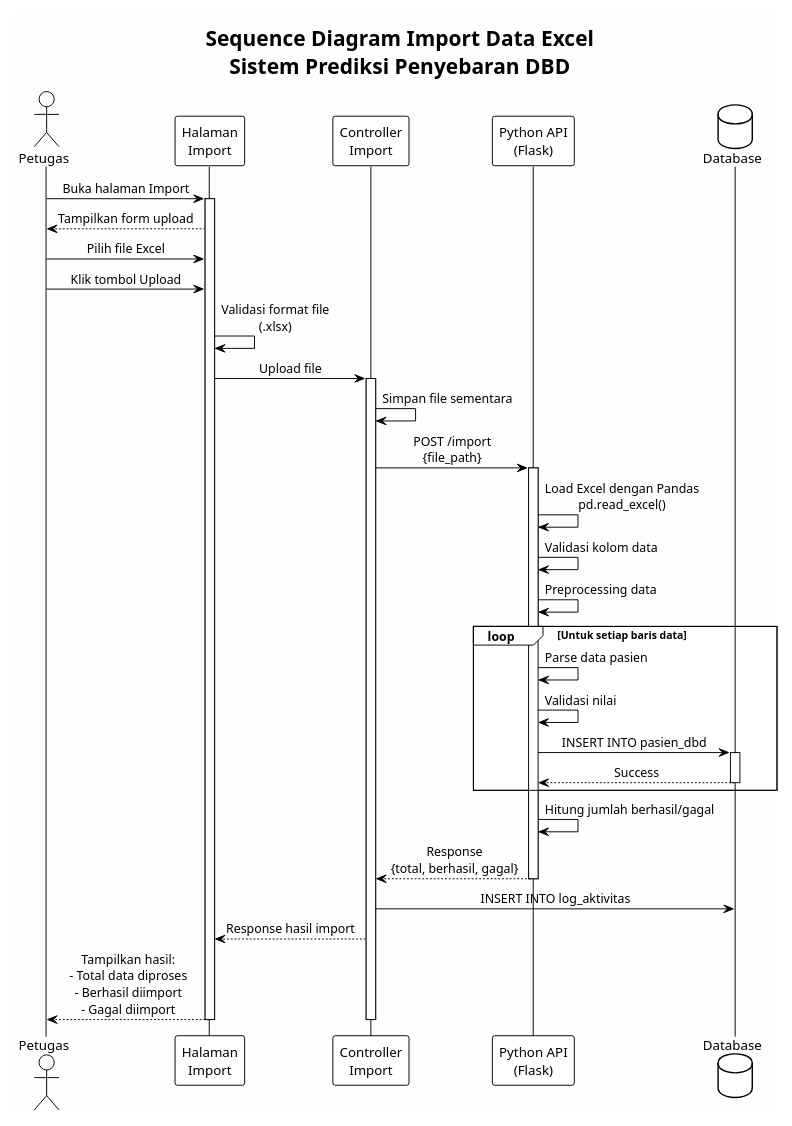
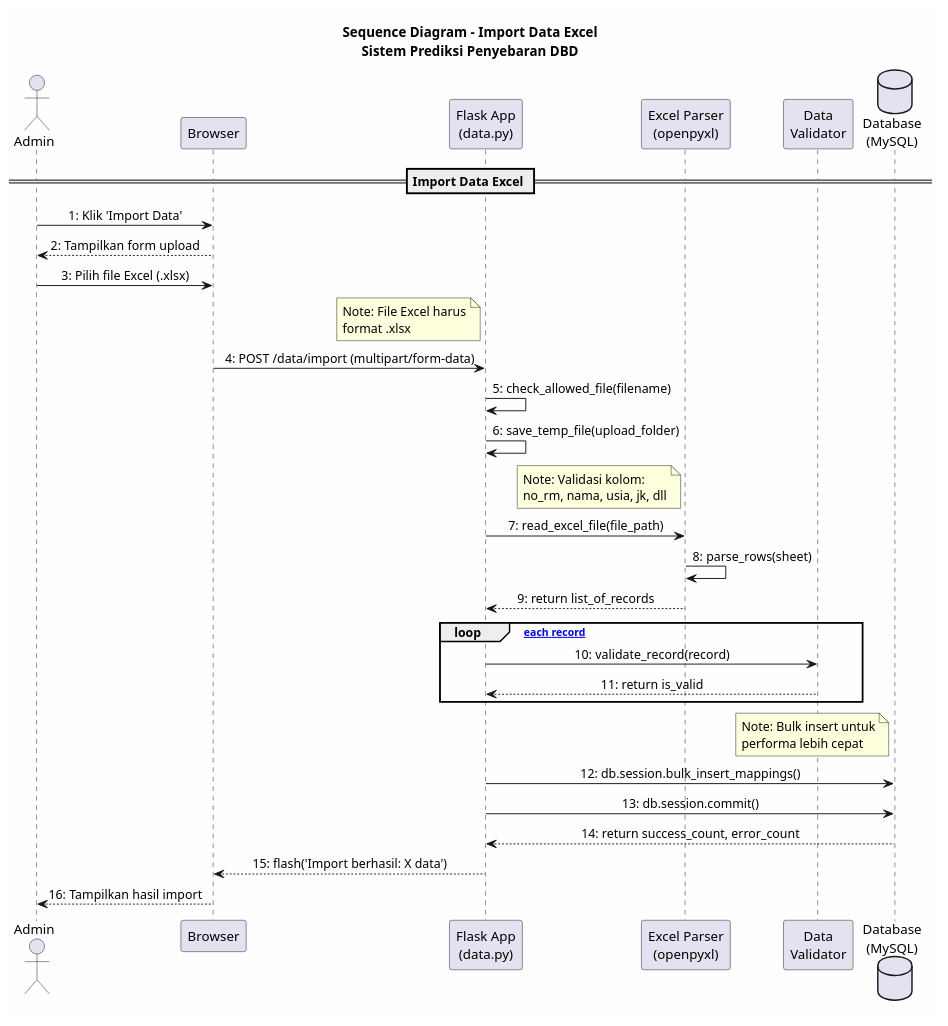
The diagram in Dokumen/UML/sequence_diagram_import.puml (Suwardi87/prediksi-DBD), drawn with PlantUML before and after one commit. The commit also changed 39 other files, not shown here.

```diff
--- a/Dokumen/UML/sequence_diagram_import.puml
+++ b/Dokumen/UML/sequence_diagram_import.puml
@@ -1,55 +1,41 @@
-@startuml sequence_diagram_import
-!theme plain
+@startuml Sequence Diagram - Import Data
 skinparam backgroundColor #FEFEFE
 skinparam sequenceMessageAlign center
 
-title Sequence Diagram Import Data Excel\nSistem Prediksi Penyebaran DBD
+title Sequence Diagram - Import Data Excel\nSistem Prediksi Penyebaran DBD
 
-actor "Petugas" as User
-participant "Halaman\nImport" as Page
-participant "Controller\nImport" as Controller
-participant "Python API\n(Flask)" as API
-database "Database" as DB
+actor Admin
+participant Browser
+participant "Flask App\n(data.py)" as flask
+participant "Excel Parser\n(openpyxl)" as excel
+participant "Data\nValidator" as validator
+database "Database\n(MySQL)" as db
 
-User -> Page : Buka halaman Import
-activate Page
+== Import Data Excel ==
 
-Page --> User : Tampilkan form upload
+Admin -> Browser : 1: Klik 'Import Data'
+Browser --> Admin : 2: Tampilkan form upload
 
-User -> Page : Pilih file Excel
-User -> Page : Klik tombol Upload
+Admin -> Browser : 3: Pilih file Excel (.xlsx)
+note left of flask : Note: File Excel harus\nformat .xlsx
+Browser -> flask : 4: POST /data/import (multipart/form-data)
+flask -> flask : 5: check_allowed_file(filename)
+flask -> flask : 6: save_temp_file(upload_folder)
+note left of excel : Note: Validasi kolom:\nno_rm, nama, usia, jk, dll
+flask -> excel : 7: read_excel_file(file_path)
+excel -> excel : 8: parse_rows(sheet)
+excel --> flask : 9: return list_of_records
 
-Page -> Page : Validasi format file\n(.xlsx)
-
-Page -> Controller : Upload file
-activate Controller
-
-Controller -> Controller : Simpan file sementara
-Controller -> API : POST /import\n{file_path}
-activate API
-
-API -> API : Load Excel dengan Pandas\npd.read_excel()
-API -> API : Validasi kolom data
-API -> API : Preprocessing data
-
-loop Untuk setiap baris data
-    API -> API : Parse data pasien
-    API -> API : Validasi nilai
-    API -> DB : INSERT INTO pasien_dbd
-    activate DB
-    DB --> API : Success
-    deactivate DB
+loop [for each record]
+    flask -> validator : 10: validate_record(record)
+    validator --> flask : 11: return is_valid
 end
 
-API -> API : Hitung jumlah berhasil/gagal
-API --> Controller : Response\n{total, berhasil, gagal}
-deactivate API
-
-Controller -> DB : INSERT INTO log_aktivitas
-Controller --> Page : Response hasil import
-Page --> User : Tampilkan hasil:\n- Total data diproses\n- Berhasil diimport\n- Gagal diimport
-
-deactivate Controller
-deactivate Page
+note left of db : Note: Bulk insert untuk\nperforma lebih cepat
+flask -> db : 12: db.session.bulk_insert_mappings()
+flask -> db : 13: db.session.commit()
+db --> flask : 14: return success_count, error_count
+flask --> Browser : 15: flash('Import berhasil: X data')
+Browser --> Admin : 16: Tampilkan hasil import
 
 @enduml
```
